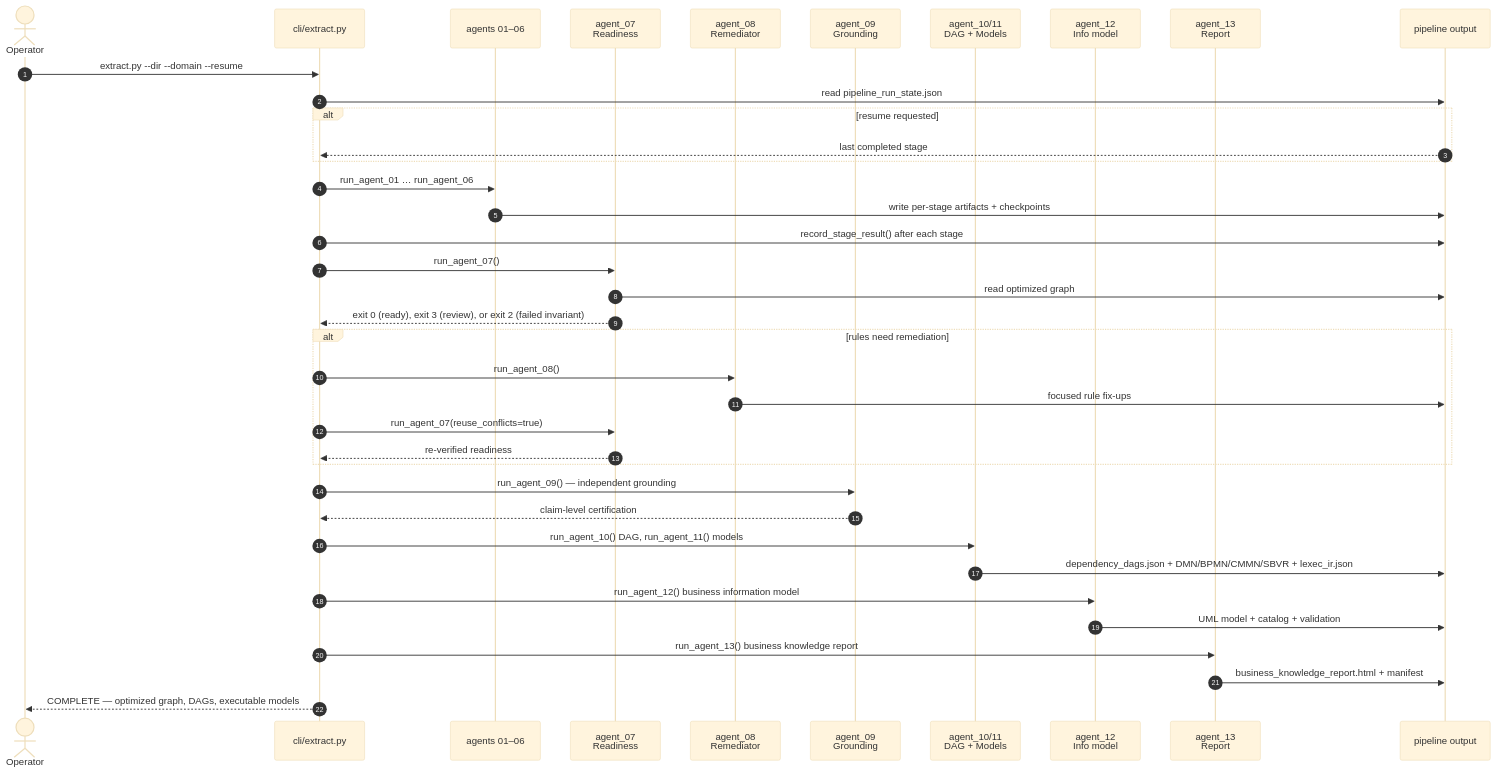
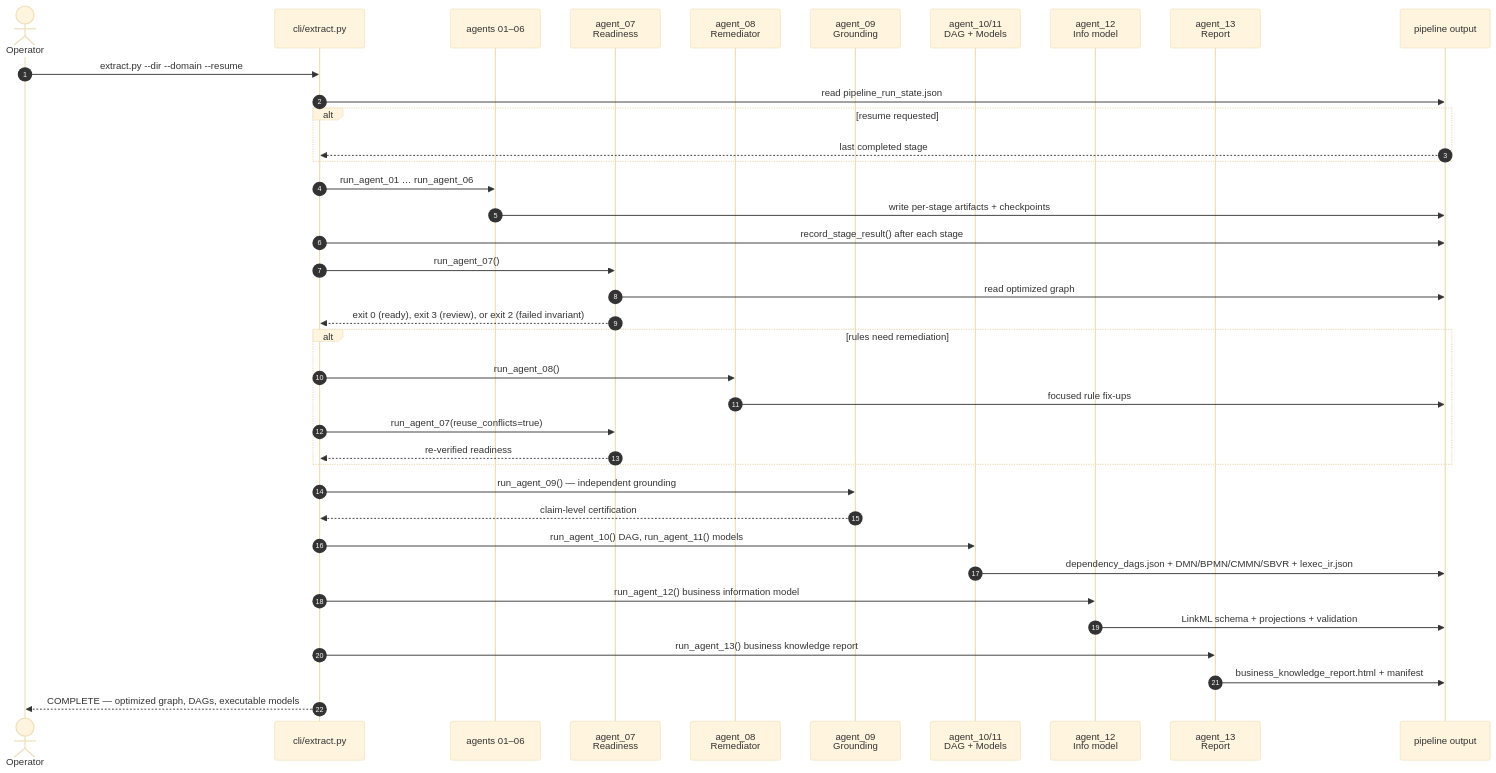
The second of 5 diagrams in ARCHITECTURE.md (rrahimi-uci/policy-logic-forge), drawn with Mermaid (base theme) before and after one commit. The commit also changed other lines of this file and 7 other files, not shown here.

````diff
--- a/ARCHITECTURE.md
+++ b/ARCHITECTURE.md
@@ -140,48 +140,48 @@
 ```mermaid
 sequenceDiagram
     autonumber
     actor Op as Operator
     participant CLI as cli/extract.py
     participant A as agents 01–06
     participant A7 as agent_07<br/>Readiness
     participant A8 as agent_08<br/>Remediator
     participant A9 as agent_09<br/>Grounding
     participant A10 as agent_10/11<br/>DAG + Models
     participant A12 as agent_12<br/>Info model
     participant A13 as agent_13<br/>Report
     participant FS as pipeline output
 
     Op->>CLI: extract.py --dir --domain --resume
     CLI->>FS: read pipeline_run_state.json
     alt resume requested
         FS-->>CLI: last completed stage
     end
     CLI->>A: run_agent_01 … run_agent_06
     A->>FS: write per-stage artifacts + checkpoints
     CLI->>FS: record_stage_result() after each stage
 
     CLI->>A7: run_agent_07()
     A7->>FS: read optimized graph
     A7-->>CLI: exit 0 (ready), exit 3 (review), or exit 2 (failed invariant)
 
     alt rules need remediation
         CLI->>A8: run_agent_08()
         A8->>FS: focused rule fix-ups
         CLI->>A7: run_agent_07(reuse_conflicts=true)
         A7-->>CLI: re-verified readiness
     end
 
     CLI->>A9: run_agent_09() — independent grounding
     A9-->>CLI: claim-level certification
 
     CLI->>A10: run_agent_10() DAG, run_agent_11() models
     A10->>FS: dependency_dags.json + DMN/BPMN/CMMN/SBVR + lexec_ir.json
 
     CLI->>A12: run_agent_12() business information model
-    A12->>FS: UML model + catalog + validation
+    A12->>FS: LinkML schema + projections + validation
 
     CLI->>A13: run_agent_13() business knowledge report
     A13->>FS: business_knowledge_report.html + manifest
 
     CLI-->>Op: COMPLETE — optimized graph, DAGs, executable models
 ```
````
